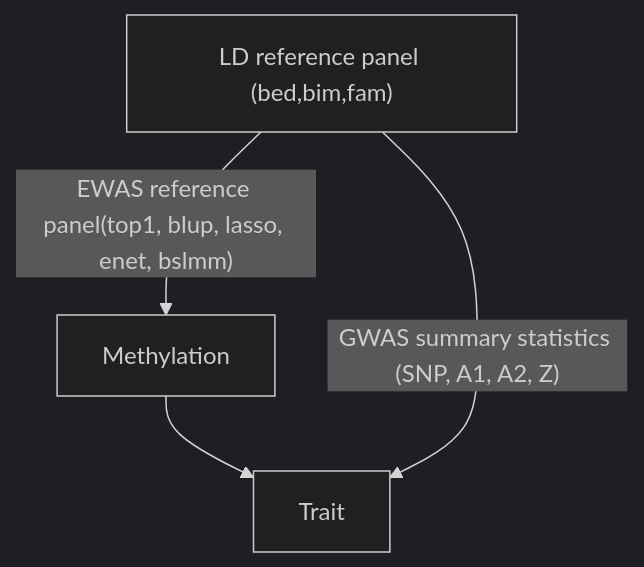
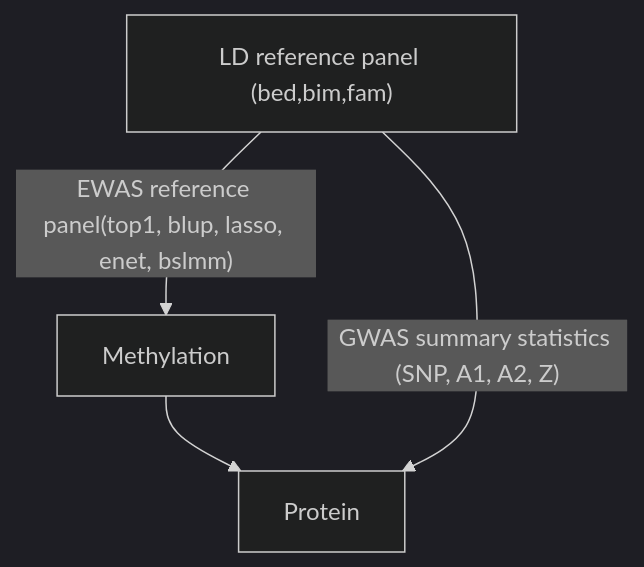
The second of 2 diagrams in docs/README.md (jinghuazhao/INF), drawn with Mermaid (dark theme) before and after one commit.

````diff
--- a/docs/README.md
+++ b/docs/README.md
@@ -30,6 +30,6 @@
 ```mermaid
 graph TB;
 SNP["LD reference panel (bed,bim,fam)"] --> |"EWAS reference panel(top1, blup, lasso, enet, bslmm)"| Methylation;
-Methylation --> Trait;
-SNP --> |"GWAS summary statistics (SNP, A1, A2, Z)"| Trait;
+Methylation --> Protein;
+SNP --> |"GWAS summary statistics (SNP, A1, A2, Z)"| Protein;
 ```
````
